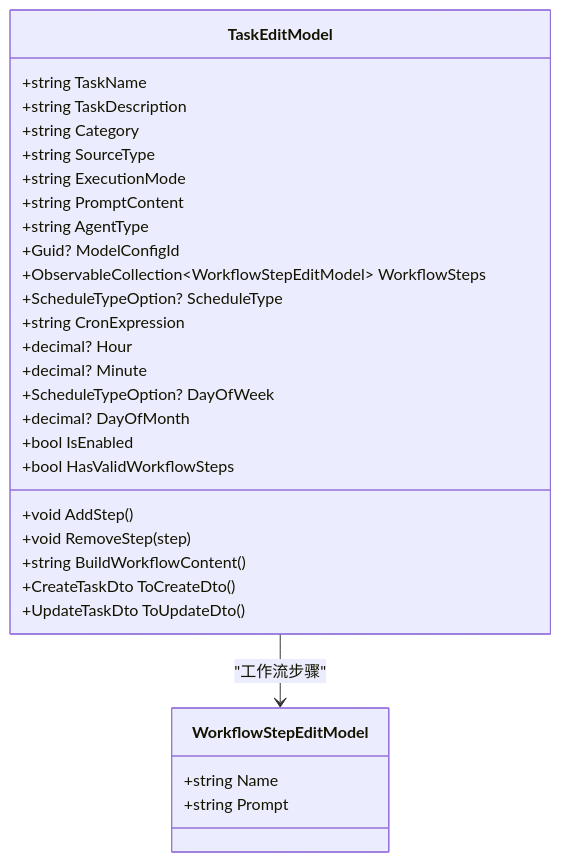
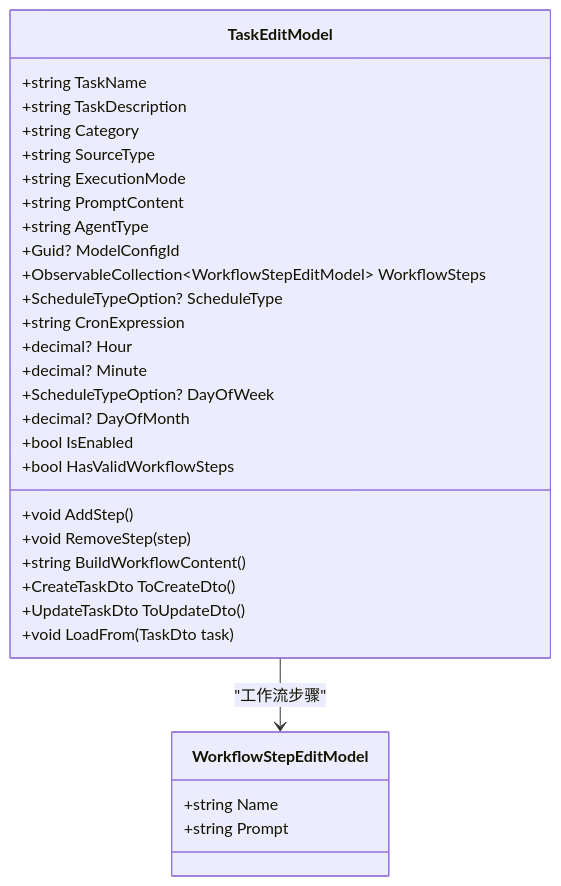
Before and after one commit to openlowcodelab/lowcode: the sixth of 12 diagrams in .qoder/repowiki/zh/content/AI助手服务/桌面端应用/视图模型层/任务管理视图模型.md, drawn with Mermaid. The commit also changed other lines of this file and 56 other files, not shown here.

````diff
--- a/.qoder/repowiki/zh/content/AI助手服务/桌面端应用/视图模型层/任务管理视图模型.md
+++ b/.qoder/repowiki/zh/content/AI助手服务/桌面端应用/视图模型层/任务管理视图模型.md
@@ -293,32 +306,33 @@
 ```mermaid
 classDiagram
 class TaskEditModel {
 +string TaskName
 +string TaskDescription
 +string Category
 +string SourceType
 +string ExecutionMode
 +string PromptContent
 +string AgentType
 +Guid? ModelConfigId
 +ObservableCollection~WorkflowStepEditModel~ WorkflowSteps
 +ScheduleTypeOption? ScheduleType
 +string CronExpression
 +decimal? Hour
 +decimal? Minute
 +ScheduleTypeOption? DayOfWeek
 +decimal? DayOfMonth
 +bool IsEnabled
 +bool HasValidWorkflowSteps
 +void AddStep()
 +void RemoveStep(step)
 +string BuildWorkflowContent()
 +CreateTaskDto ToCreateDto()
 +UpdateTaskDto ToUpdateDto()
++void LoadFrom(TaskDto task)
 }
 class WorkflowStepEditModel {
 +string Name
 +string Prompt
 }
 TaskEditModel --> WorkflowStepEditModel : "工作流步骤"
 ```
````
